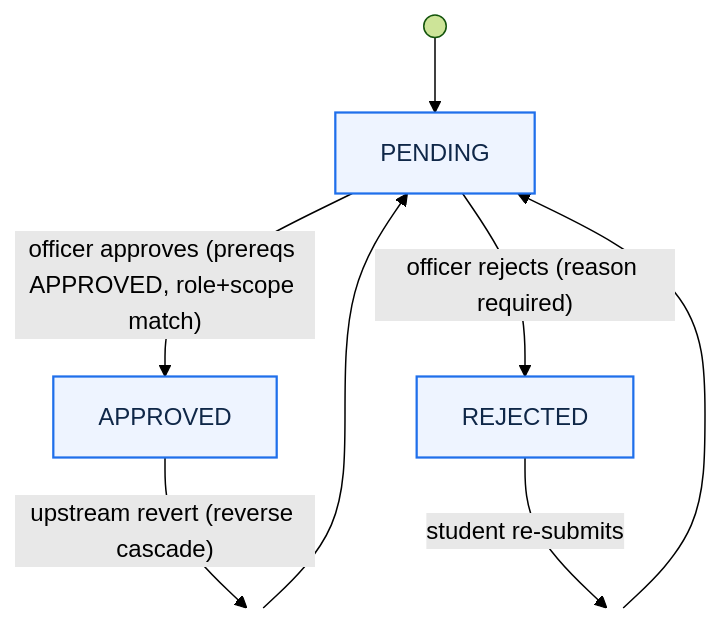
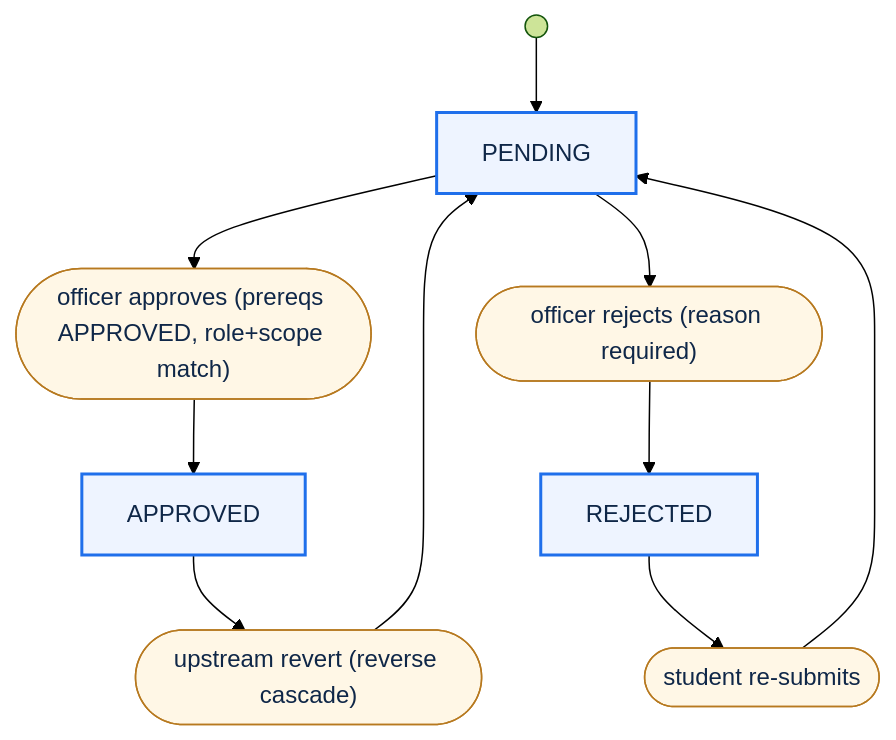
The fifth of 6 diagrams in .kiro/specs/lnmiit-no-dues-portal/design.md (manashatwar/LNMIIT-NO-DUES-PORTAL), drawn with Mermaid (forest theme) before and after one commit.

Commit message:
Move transition text into auto-sizing boxes so labels are fully visible

````diff
--- a/.kiro/specs/lnmiit-no-dues-portal/design.md
+++ b/.kiro/specs/lnmiit-no-dues-portal/design.md
@@ -294,15 +294,21 @@
 ```mermaid
 flowchart TB
     START(( )) --> P[PENDING]
-    P -->|"officer approves (prereqs APPROVED, role+scope match)"| A[APPROVED]
-    A -->|"upstream revert (reverse cascade)"| M1(( )):::hidden
-    M1 --> P
-    P -->|"officer rejects (reason required)"| R[REJECTED]
-    R -->|"student re-submits"| M2(( )):::hidden
-    M2 --> P
 
-    classDef state fill:#eef4ff,stroke:#1f6feb,stroke-width:1.5px,color:#0f2748;
-    classDef hidden fill:none,stroke:none,color:none;
+    P --> AP(["officer approves (prereqs APPROVED, role+scope match)"])
+    AP --> A[APPROVED]
+
+    P --> RJ(["officer rejects (reason required)"])
+    RJ --> R[REJECTED]
+
+    A --> RC(["upstream revert (reverse cascade)"])
+    RC --> P
+
+    R --> RS(["student re-submits"])
+    RS --> P
+
+    classDef state fill:#eef4ff,stroke:#1f6feb,stroke-width:2px,color:#0f2748;
+    classDef act fill:#fff7e6,stroke:#b7791f,color:#0f2748;
     class P,A,R state;
-    class M1,M2 hidden;
+    class AP,RJ,RC,RS act;
 ```
````
